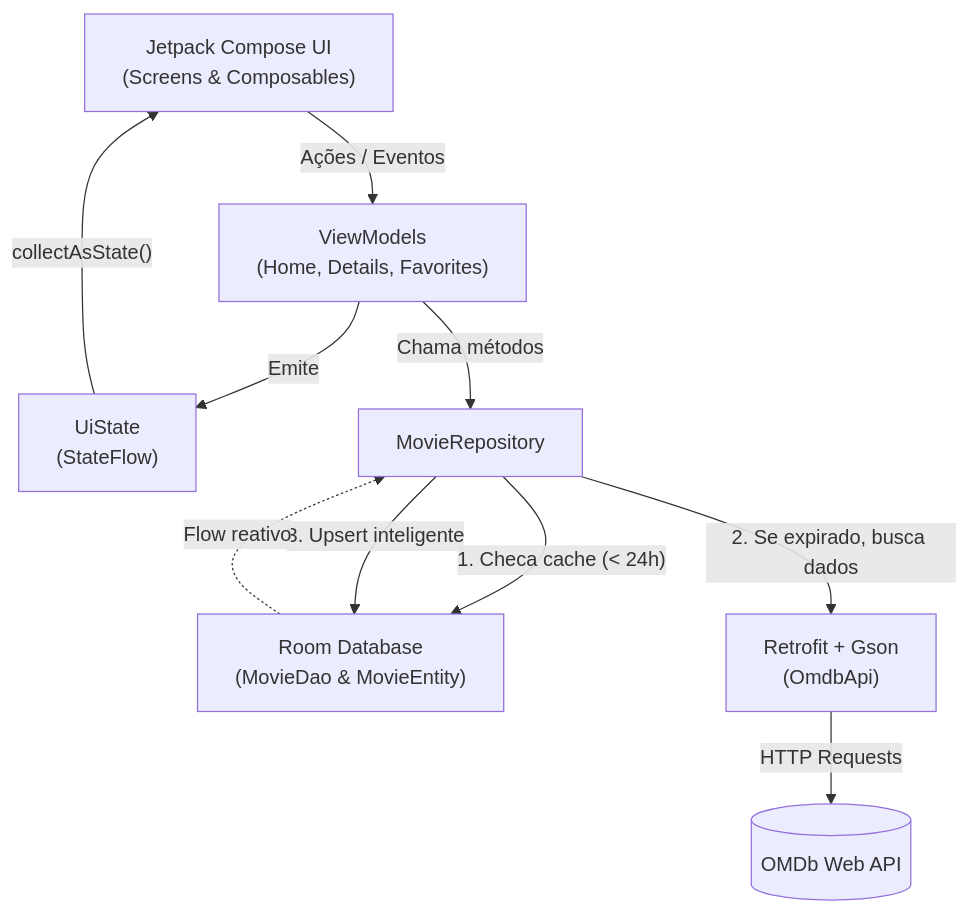
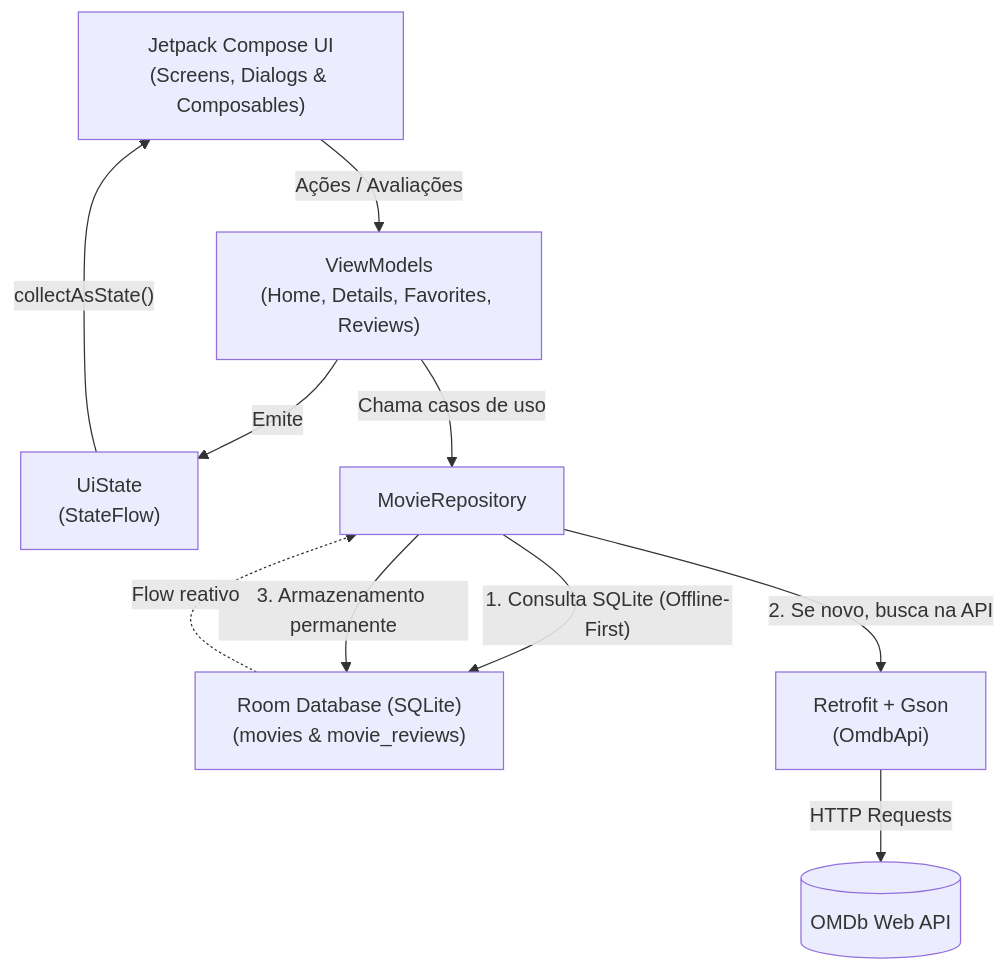
Before and after one commit to madsondecarvalho/uern-unidade3-programacao-de-dispositivos-moveis-2026.2: the diagram in README.md, drawn with Mermaid. The commit also changed other lines of this file and 31 other files, not shown here.

First line of the commit message:
feat: implement offline-first movie reviews, visual polish, and drag-to-rate gesture

````diff
--- a/README.md
+++ b/README.md
@@ -67,20 +75,20 @@
 ```mermaid
 graph TD
-    UI["Jetpack Compose UI<br/>(Screens & Composables)"]
-    VM["ViewModels<br/>(Home, Details, Favorites)"]
+    UI["Jetpack Compose UI<br/>(Screens, Dialogs & Composables)"]
+    VM["ViewModels<br/>(Home, Details, Favorites, Reviews)"]
     State["UiState<br/>(StateFlow)"]
     Repo["MovieRepository"]
-    Local["Room Database<br/>(MovieDao & MovieEntity)"]
+    Local["Room Database (SQLite)<br/>(movies & movie_reviews)"]
     Remote["Retrofit + Gson<br/>(OmdbApi)"]
     API[("OMDb Web API")]
 
-    UI -->|"Ações / Eventos"| VM
+    UI -->|"Ações / Avaliações"| VM
     VM -->|"Emite"| State
     State -->|"collectAsState()"| UI
-    VM -->|"Chama métodos"| Repo
-    Repo -->|"1. Checa cache (< 24h)"| Local
-    Repo -->|"2. Se expirado, busca dados"| Remote
+    VM -->|"Chama casos de uso"| Repo
+    Repo -->|"1. Consulta SQLite (Offline-First)"| Local
+    Repo -->|"2. Se novo, busca na API"| Remote
     Remote -->|"HTTP Requests"| API
-    Repo -->|"3. Upsert inteligente"| Local
+    Repo -->|"3. Armazenamento permanente"| Local
     Local -.->|"Flow reativo"| Repo
 ```
````
